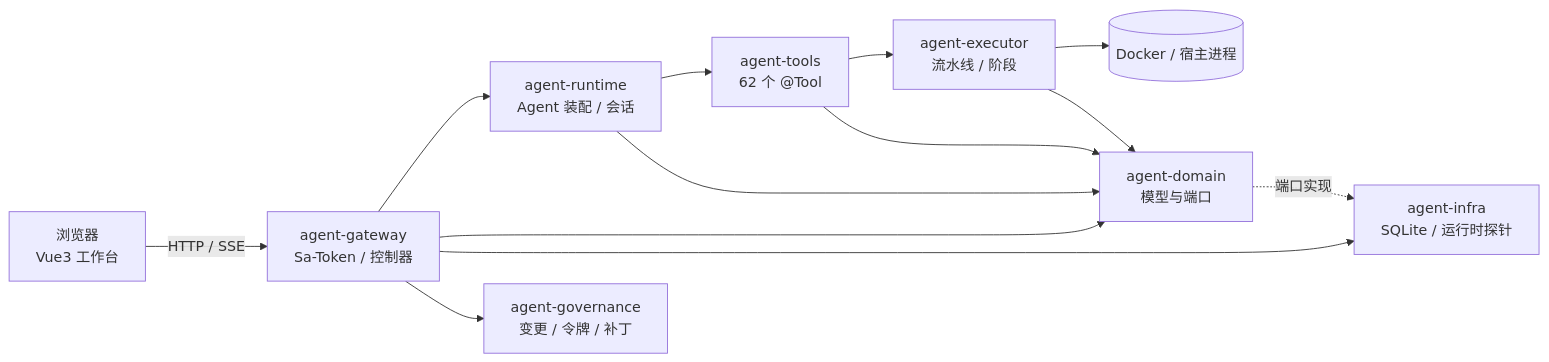
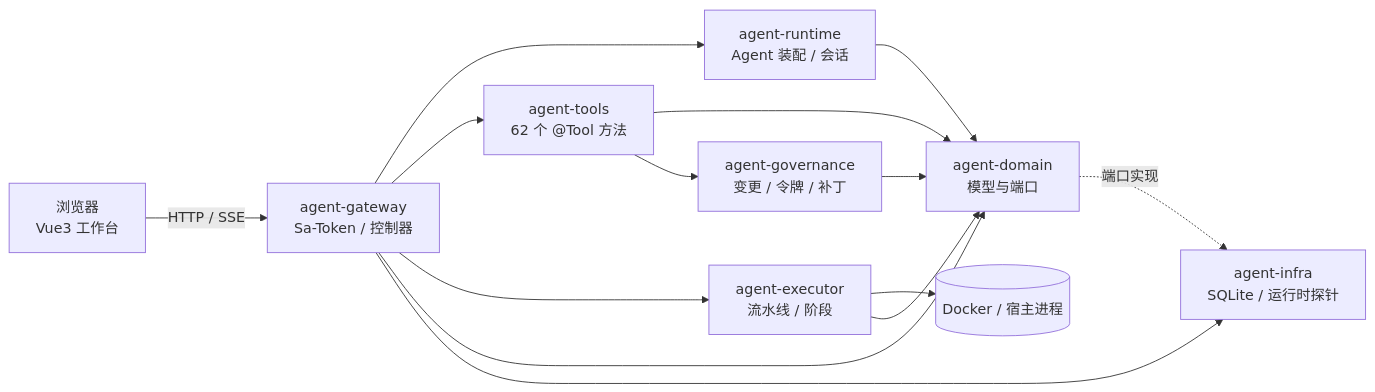
The diagram in docs/architecture/README.md (RONGX563647/SuperDeveloperAgent), drawn with Mermaid before and after one commit. The commit also changed other lines of this file and 35 other files, not shown here.

````diff
--- a/docs/architecture/README.md
+++ b/docs/architecture/README.md
@@ -7,15 +7,16 @@
 ```mermaid
 flowchart LR
   U[浏览器<br/>Vue3 工作台] -->|HTTP / SSE| GW[agent-gateway<br/>Sa-Token / 控制器]
   GW --> RT[agent-runtime<br/>Agent 装配 / 会话]
-  RT --> TL[agent-tools<br/>62 个 @Tool]
-  TL --> EX[agent-executor<br/>流水线 / 阶段]
+  GW --> TL[agent-tools<br/>62 个 @Tool 方法]
+  GW --> EX[agent-executor<br/>流水线 / 阶段]
   EX --> DOCKER[(Docker / 宿主进程)]
   GW --> DOM[agent-domain<br/>模型与端口]
   RT --> DOM
   TL --> DOM
+  TL --> GOV[agent-governance<br/>变更 / 令牌 / 补丁]
   EX --> DOM
   GW --> INF[agent-infra<br/>SQLite / 运行时探针]
   DOM -.端口实现.-> INF
-  GW --> GOV[agent-governance<br/>变更 / 令牌 / 补丁]
+  GOV --> DOM
 ```
````
